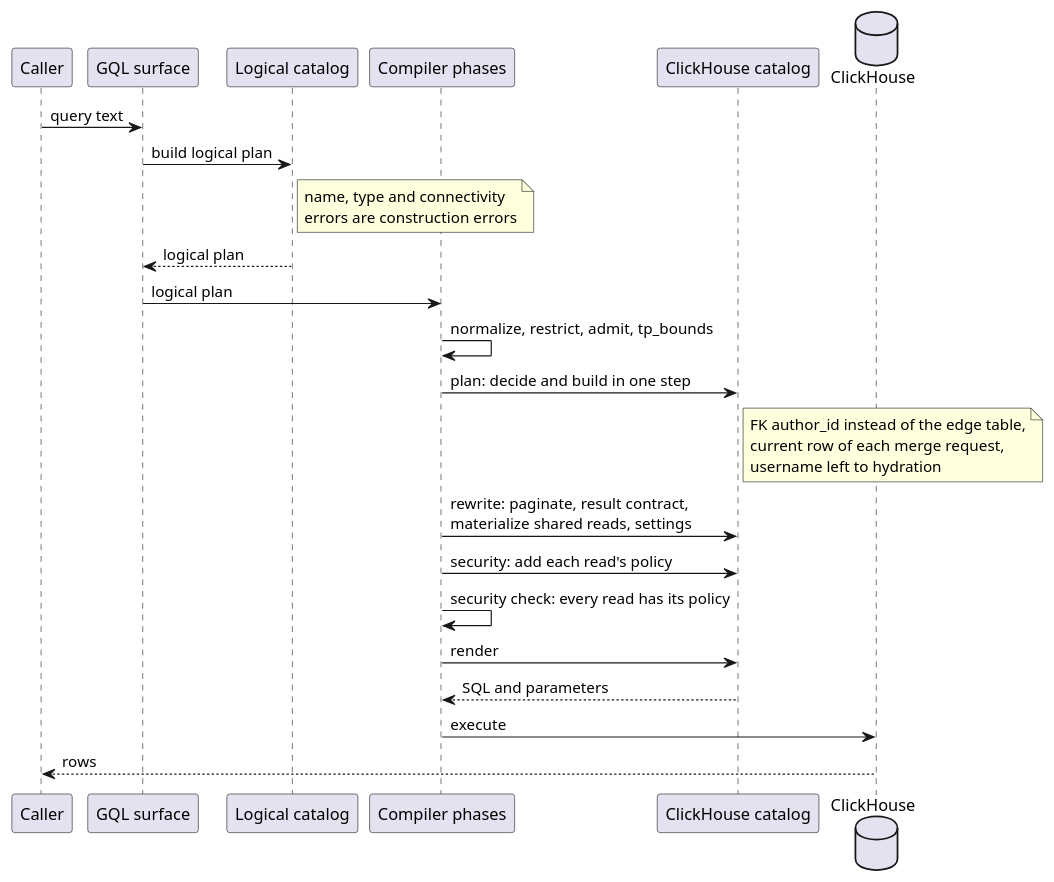
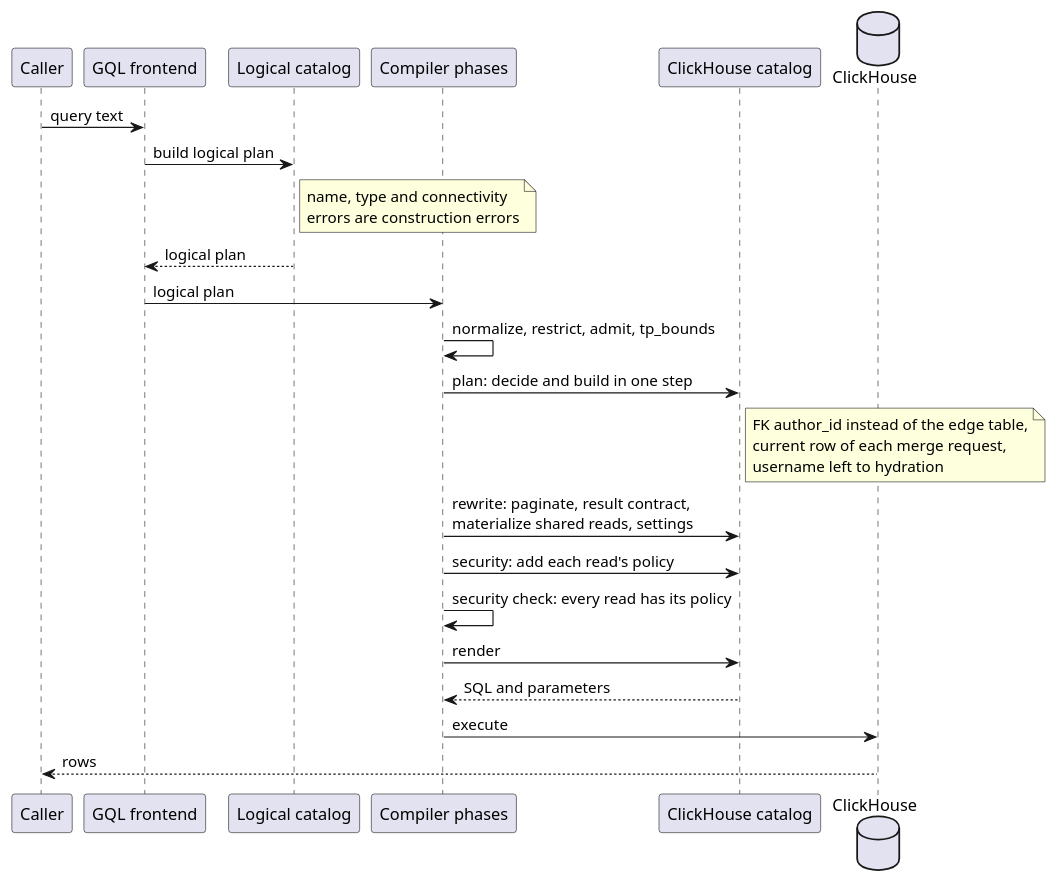
Before and after one commit to gitlabhq/orbit-knowledge-graph: the sixth of 9 diagrams in docs/pages/engineering/adr/024_pluggable_data_model.md, drawn with PlantUML. The commit also changed other lines of this file and 1 other file, not shown here.

Commit message:
docs(adr): say frontend and namespace overlay instead of surface and tenant

````diff
--- a/docs/pages/engineering/adr/024_pluggable_data_model.md
+++ b/docs/pages/engineering/adr/024_pluggable_data_model.md
@@ -425,32 +425,32 @@
 ```plantuml
 @startuml
 set separator none
 skinparam shadowing false
 participant Caller
-participant "GQL surface" as S
+participant "GQL frontend" as S
 participant "Logical catalog" as LC
 participant "Compiler phases" as E
 participant "ClickHouse catalog" as C
 database ClickHouse as CH
 
 Caller -> S : query text
 S -> LC : build logical plan
 note right of LC : name, type and connectivity\nerrors are construction errors
 LC --> S : logical plan
 S -> E : logical plan
 E -> E : normalize, restrict, admit, tp_bounds
 E -> C : plan: decide and build in one step
 note right of C
   FK author_id instead of the edge table,
   current row of each merge request,
   username left to hydration
 end note
 E -> C : rewrite: paginate, result contract,\nmaterialize shared reads, settings
 E -> C : security: add each read's policy
 E -> E : security check: every read has its policy
 E -> C : render
 C --> E : SQL and parameters
 E -> CH : execute
 CH --> Caller : rows
 @enduml
 ```
````
